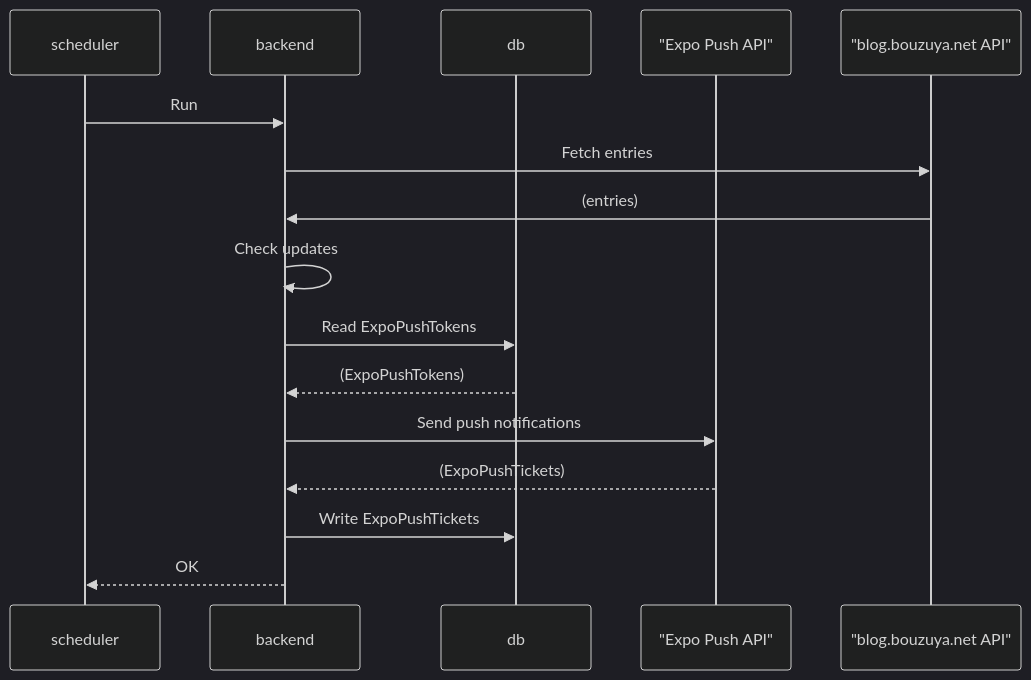
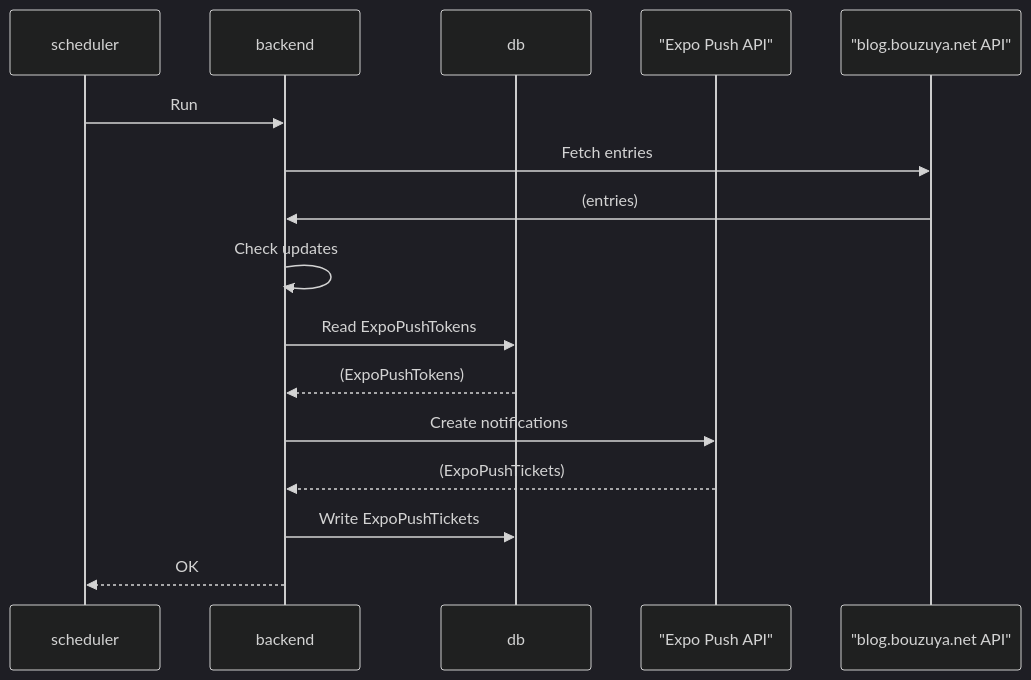
One commit to bouzuya/bbna changed the fourth of 6 diagrams in README.md. Above: the diagram before and after it, drawn with Mermaid (dark theme). The commit also changed other lines of this file and 1 other file, not shown here.

````diff
--- a/README.md
+++ b/README.md
@@ -84,19 +84,19 @@
 ```mermaid
 sequenceDiagram
   participant scheduler
   participant backend
   participant db
   participant expo as "Expo Push API"
   participant bbn as "blog.bouzuya.net API"
 
   scheduler ->> backend : Run
   backend ->> bbn : Fetch entries
   bbn ->> backend : (entries)
   backend ->> backend : Check updates
   backend ->> db : Read ExpoPushTokens
   db -->> backend : (ExpoPushTokens)
-  backend ->> expo : Send push notifications
+  backend ->> expo : Create notifications
   expo -->> backend : (ExpoPushTickets)
   backend ->> db : Write ExpoPushTickets
   backend -->> scheduler : OK
 ```
````
